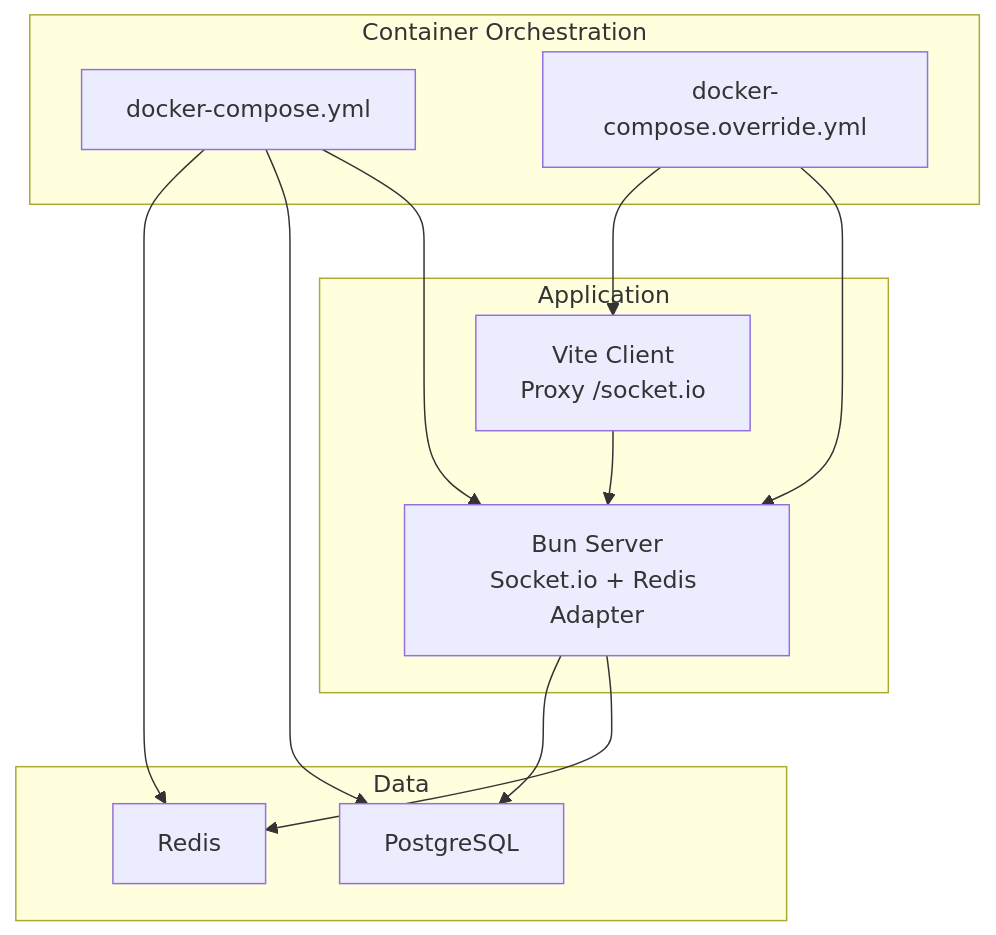
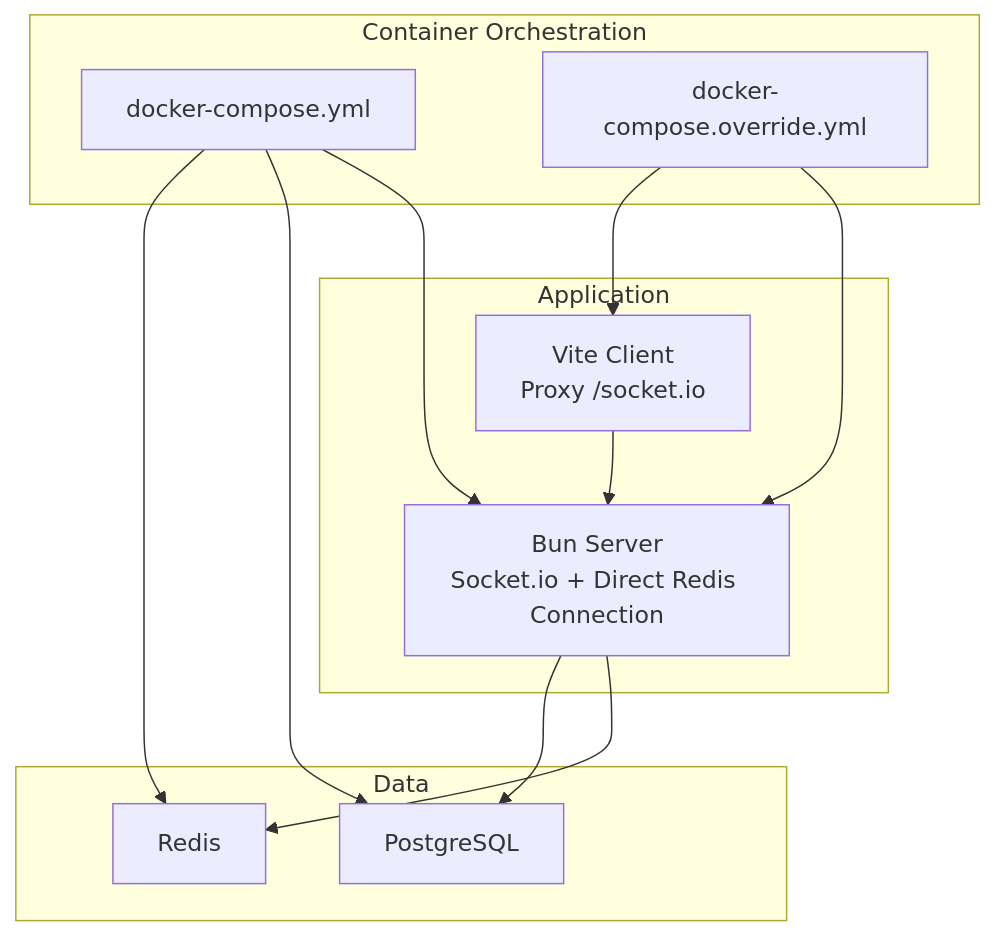
One commit to dkoukoul/escape-room-mvp changed the first of 8 diagrams in .qoder/repowiki/en/content/Deployment & Operations.md. Above: the diagram before and after it, drawn with Mermaid. The commit also changed other lines of this file and 21 other files, not shown here.

````diff
--- a/.qoder/repowiki/en/content/Deployment & Operations.md
+++ b/.qoder/repowiki/en/content/Deployment & Operations.md
@@ -42,23 +50,23 @@
 ```mermaid
 graph TB
 subgraph "Container Orchestration"
 DC["docker-compose.yml"]
 DCO["docker-compose.override.yml"]
 end
 subgraph "Application"
-APP["Bun Server<br/>Socket.io + Redis Adapter"]
+APP["Bun Server<br/>Socket.io + Direct Redis Connection"]
 CLI["Vite Client<br/>Proxy /socket.io"]
 end
 subgraph "Data"
 PG["PostgreSQL"]
 RDS["Redis"]
 end
 DC --> APP
 DC --> PG
 DC --> RDS
 DCO --> APP
 DCO --> CLI
 CLI --> APP
 APP --> RDS
 APP --> PG
 ```
````
